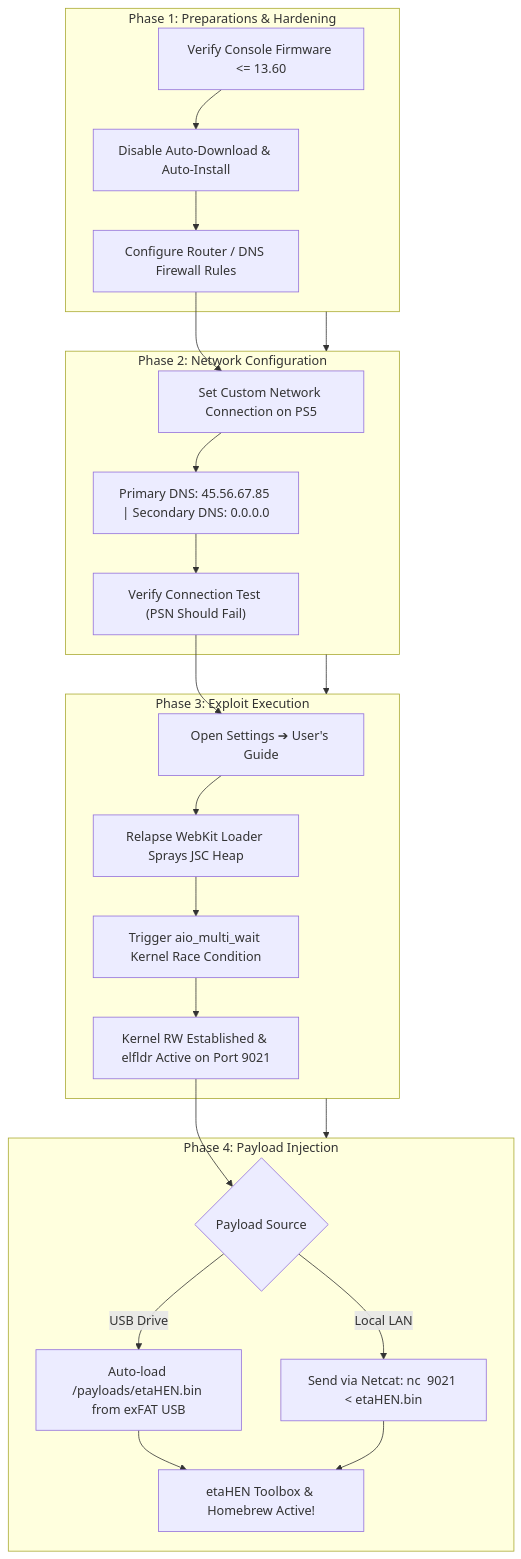
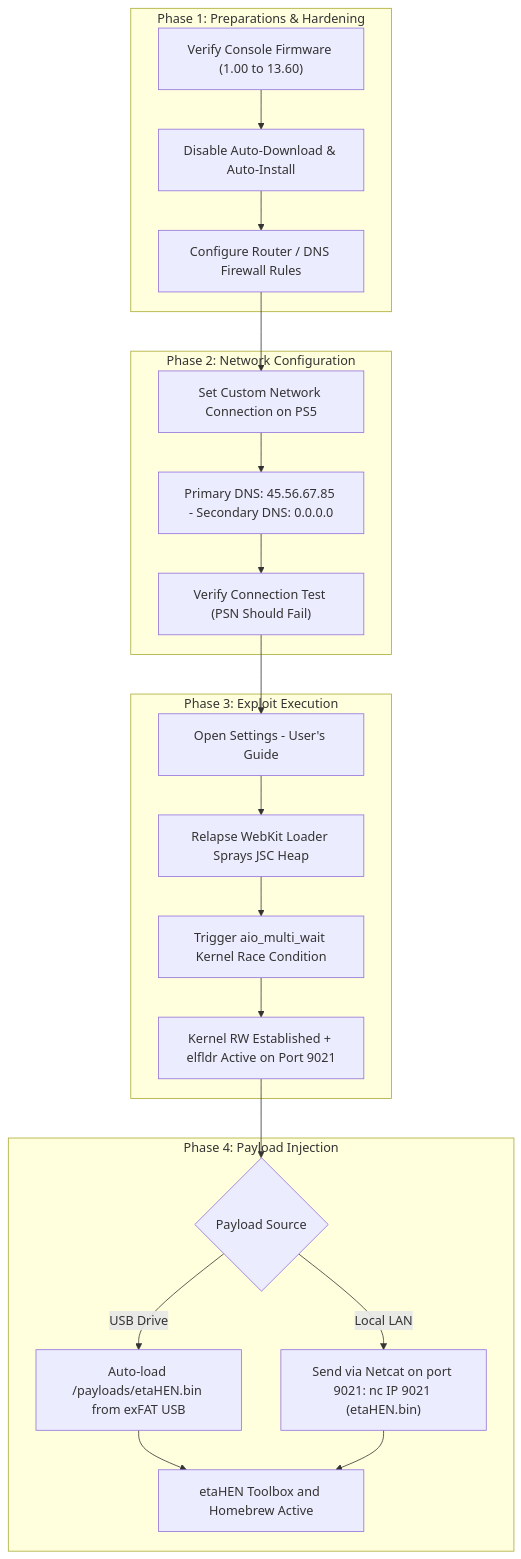
The first of 3 diagrams in i18n/en/README.md (alonsojr1980/ps5-jailbreak-compendium), drawn with Mermaid before and after one commit. The commit also changed 3 other files, not shown here.

Commit message:
fix(mermaid): fix pipeline flowchart syntax errors and enhance UI with pastel background and larger typography

````diff
--- a/i18n/en/README.md
+++ b/i18n/en/README.md
@@ -137,30 +137,32 @@
 ```mermaid
-flowchart TD
+graph TD
     subgraph Prep["Phase 1: Preparations & Hardening"]
-        P1["Verify Console Firmware <= 13.60"] --> P2["Disable Auto-Download & Auto-Install"]
+        P1["Verify Console Firmware (1.00 to 13.60)"] --> P2["Disable Auto-Download & Auto-Install"]
         P2 --> P3["Configure Router / DNS Firewall Rules"]
     end
 
     subgraph Net["Phase 2: Network Configuration"]
-        P3 --> N1["Set Custom Network Connection on PS5"]
-        N1 --> N2["Primary DNS: 45.56.67.85 | Secondary DNS: 0.0.0.0"]
+        N1["Set Custom Network Connection on PS5"]
+        N1 --> N2["Primary DNS: 45.56.67.85 - Secondary DNS: 0.0.0.0"]
         N2 --> N3["Verify Connection Test (PSN Should Fail)"]
     end
 
     subgraph Trigger["Phase 3: Exploit Execution"]
-        N3 --> E1["Open Settings ➔ User's Guide"]
+        E1["Open Settings - User's Guide"]
         E1 --> E2["Relapse WebKit Loader Sprays JSC Heap"]
         E2 --> E3["Trigger aio_multi_wait Kernel Race Condition"]
-        E3 --> E4["Kernel RW Established & elfldr Active on Port 9021"]
+        E3 --> E4["Kernel RW Established + elfldr Active on Port 9021"]
     end
 
     subgraph Payload["Phase 4: Payload Injection"]
-        E4 --> L1{"Payload Source"}
+        L1{"Payload Source"}
         L1 -->|USB Drive| L2["Auto-load /payloads/etaHEN.bin from exFAT USB"]
-        L1 -->|Local LAN| L3["Send via Netcat: nc <PS5_IP> 9021 < etaHEN.bin"]
-        L2 --> H1["etaHEN Toolbox & Homebrew Active!"]
+        L1 -->|Local LAN| L3["Send via Netcat on port 9021: nc IP 9021 (etaHEN.bin)"]
+        L2 --> H1["etaHEN Toolbox and Homebrew Active"]
         L3 --> H1
     end
 
-    Prep --> Net --> Trigger --> Payload
+    P3 --> N1
+    N3 --> E1
+    E4 --> L1
 ```
````
